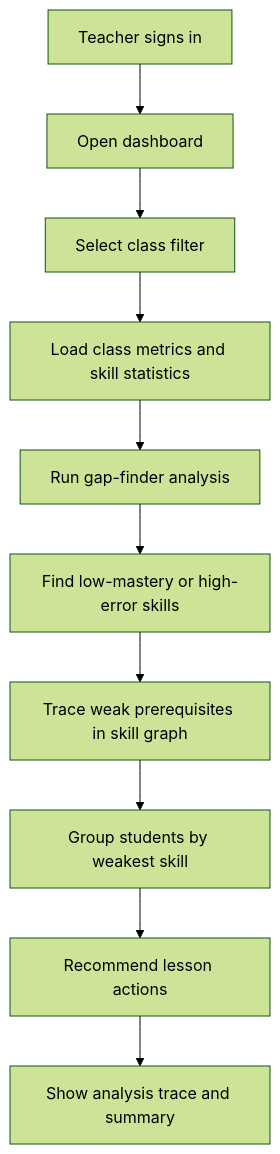
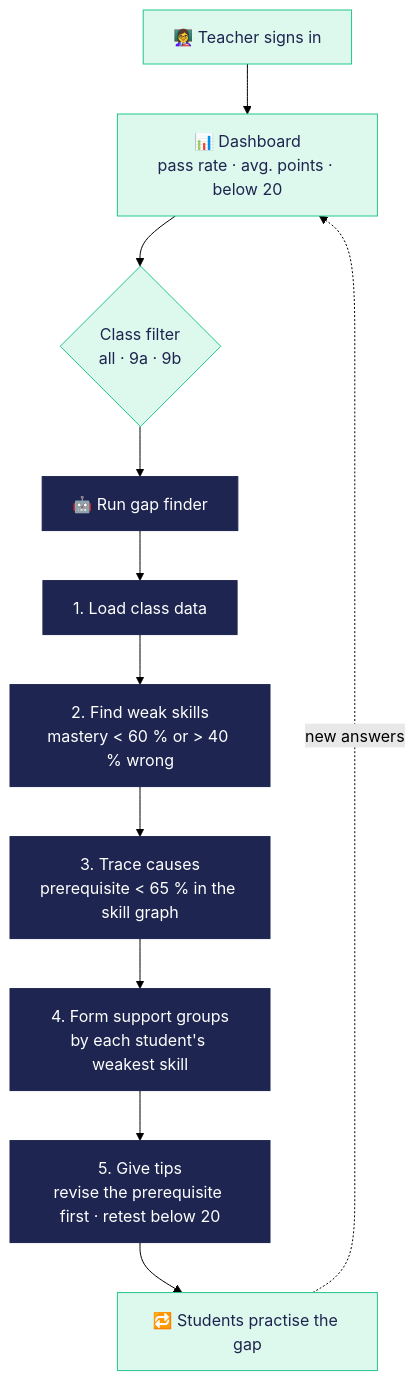
One commit to RezaurRahman47/SchoolHack changed the third of 3 diagrams in docs/business-flow.md. Above: the diagram before and after it, drawn with Mermaid (forest theme). The commit also changed other lines of this file and 11 other files, not shown here.

First line of the commit message:
Add Archify: interactive technical and business architecture

````diff
--- a/docs/business-flow.md
+++ b/docs/business-flow.md
@@ -31,12 +81,19 @@
 ```mermaid
 flowchart TD
-    A[Teacher signs in] --> B[Open dashboard]
-    B --> C[Select class filter]
-    C --> D[Load class metrics and skill statistics]
-    D --> E[Run gap-finder analysis]
-    E --> F[Find low-mastery or high-error skills]
-    F --> G[Trace weak prerequisites in skill graph]
-    G --> H[Group students by weakest skill]
-    H --> I[Recommend lesson actions]
-    I --> J[Show analysis trace and summary]
+    classDef teacher fill:#ddf8ec,stroke:#22c58b,color:#1d2550
+    classDef agent fill:#1d2550,stroke:#1d2550,color:#ffffff
+
+    A["👩‍🏫 Teacher signs in"] --> B["📊 Dashboard<br/>pass rate · avg. points · below 20"]
+    B --> C{"Class filter<br/>all · 9a · 9b"}
+    C --> D["🤖 Run gap finder"]
+    D --> E["1. Load class data"]
+    E --> F["2. Find weak skills<br/>mastery < 60 % or > 40 % wrong"]
+    F --> G["3. Trace causes<br/>prerequisite < 65 % in the skill graph"]
+    G --> H["4. Form support groups<br/>by each student's weakest skill"]
+    H --> I["5. Give tips<br/>revise the prerequisite first · retest below 20"]
+    I --> J["🔁 Students practise the gap"]
+    J -. "new answers" .-> B
+
+    class A,B,C,J teacher
+    class D,E,F,G,H,I agent
 ```
````
